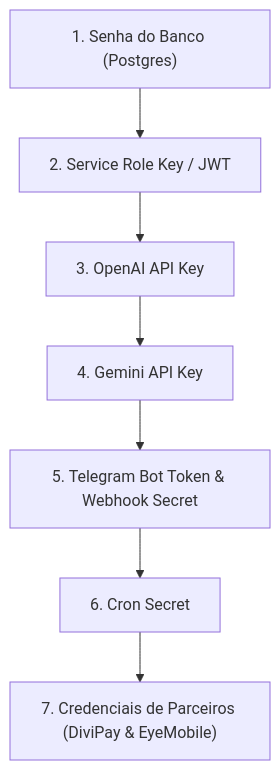
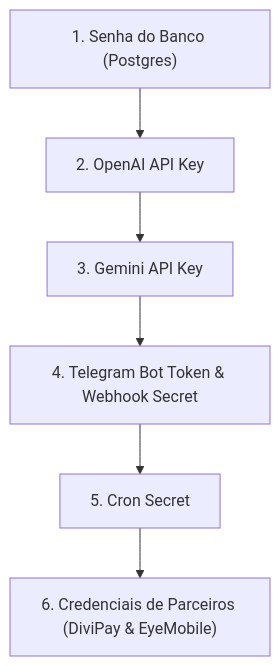
The diagram in PR80_PRODUCTION_RUNBOOK.md (heitorfragavd-prog/wallet-App), drawn with Mermaid before and after one commit. The commit also changed other lines of this file and 1 other file, not shown here.

````diff
--- a/PR80_PRODUCTION_RUNBOOK.md
+++ b/PR80_PRODUCTION_RUNBOOK.md
@@ -144,9 +213,8 @@
 ```mermaid
 graph TD
-    A["1. Senha do Banco (Postgres)"] --> B["2. Service Role Key / JWT"]
-    B --> C["3. OpenAI API Key"]
-    C --> D["4. Gemini API Key"]
-    D --> E["5. Telegram Bot Token & Webhook Secret"]
-    E --> F["6. Cron Secret"]
-    F --> G["7. Credenciais de Parceiros (DiviPay & EyeMobile)"]
+    A["1. Senha do Banco (Postgres)"] --> B["2. OpenAI API Key"]
+    B --> C["3. Gemini API Key"]
+    C --> D["4. Telegram Bot Token & Webhook Secret"]
+    D --> E["5. Cron Secret"]
+    E --> F["6. Credenciais de Parceiros (DiviPay & EyeMobile)"]
 ```
````
